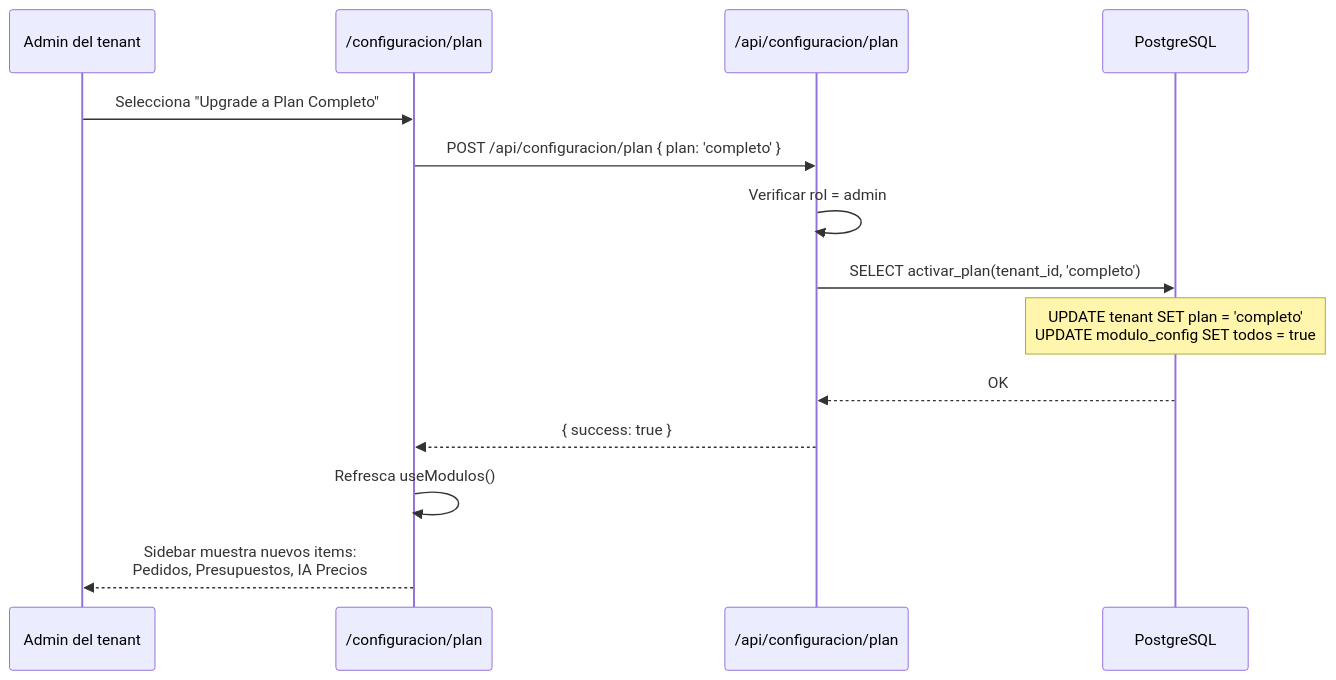
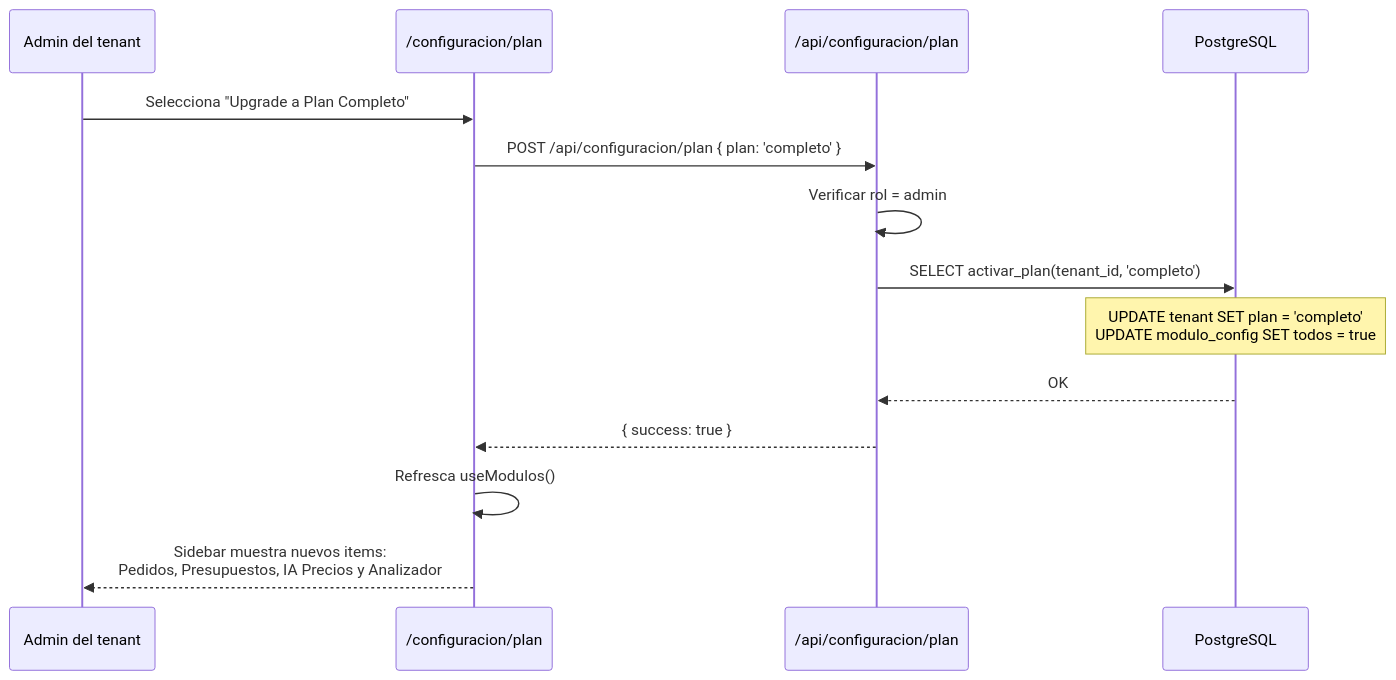
Before and after one commit to nicoalonsodev/smartstock: the third of 3 diagrams in docs/modulos.md, drawn with Mermaid. The commit also changed other lines of this file and 200 other files, not shown here.

````diff
--- a/docs/modulos.md
+++ b/docs/modulos.md
@@ -418,17 +449,17 @@
 ```mermaid
 sequenceDiagram
     participant Admin as Admin del tenant
     participant UI as /configuracion/plan
     participant API as /api/configuracion/plan
     participant DB as PostgreSQL
 
     Admin->>UI: Selecciona "Upgrade a Plan Completo"
     UI->>API: POST /api/configuracion/plan { plan: 'completo' }
     API->>API: Verificar rol = admin
     API->>DB: SELECT activar_plan(tenant_id, 'completo')
     Note over DB: UPDATE tenant SET plan = 'completo'<br/>UPDATE modulo_config SET todos = true
     DB-->>API: OK
     API-->>UI: { success: true }
     UI->>UI: Refresca useModulos()
-    UI-->>Admin: Sidebar muestra nuevos items:<br/>Pedidos, Presupuestos, IA Precios
+    UI-->>Admin: Sidebar muestra nuevos items:<br/>Pedidos, Presupuestos, IA Precios y Analizador
 ```
````
